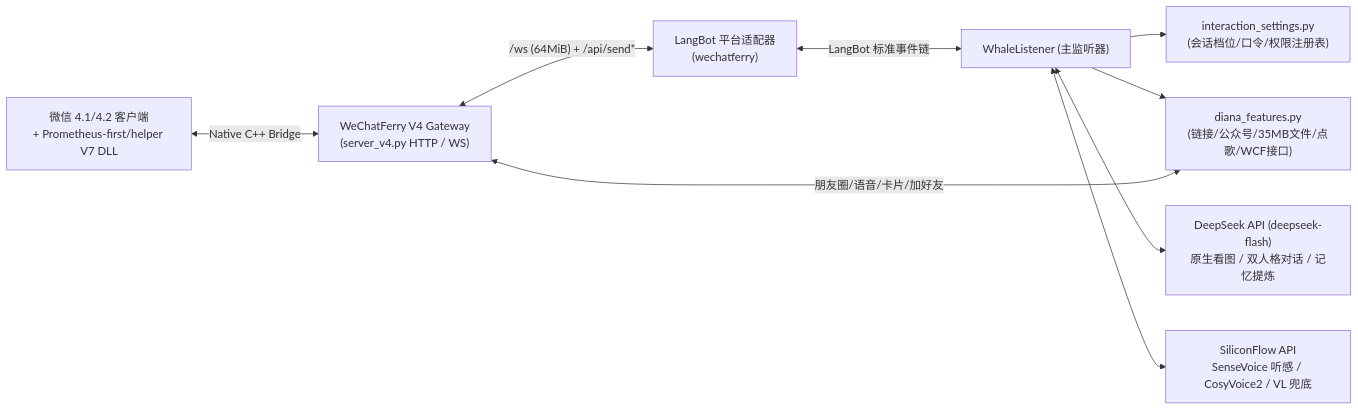
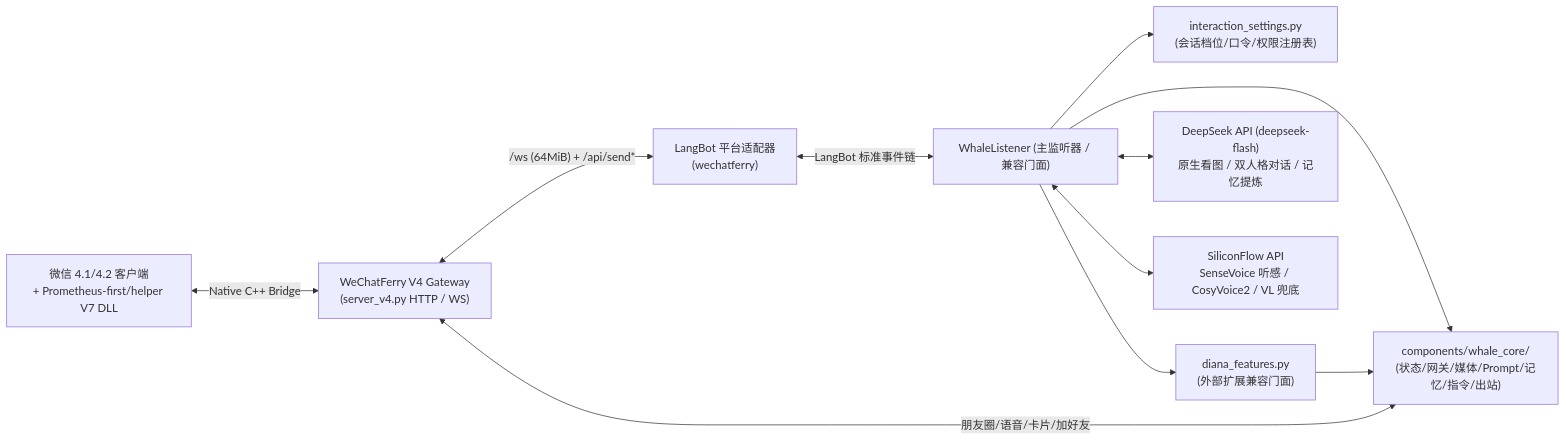
Before and after one commit to a251231/whale_persona_plugin: the diagram in README.md, drawn with Mermaid. The commit also changed other lines of this file and 20 other files, not shown here.

Commit message:
feat(v0.5.2): apply full swarm architecture & UX optimizations and modularize components/whale_core

````diff
--- a/README.md
+++ b/README.md
@@ -54,11 +54,13 @@
 ```mermaid
 flowchart LR
     A["微信 4.1/4.2 客户端\n+ Prometheus-first/helper V7 DLL"] <-->|"Native C++ Bridge"| B["WeChatFerry V4 Gateway\n(server_v4.py HTTP / WS)"]
     B <-->|"/ws (64MiB) + /api/send*"| H["LangBot 平台适配器\n(wechatferry)"]
-    H <-->|"LangBot 标准事件链"| C["WhaleListener (主监听器)"]
+    H <-->|"LangBot 标准事件链"| C["WhaleListener (主监听器 / 兼容门面)"]
     C --> D["interaction_settings.py\n(会话档位/口令/权限注册表)"]
-    C --> E["diana_features.py\n(链接/公众号/35MB文件/点歌/WCF接口)"]
-    B <-->|"朋友圈/语音/卡片/加好友"| E
+    C --> W["components/whale_core/\n(状态/网关/媒体/Prompt/记忆/指令/出站)"]
+    C --> E["diana_features.py\n(外部扩展兼容门面)"]
+    E --> W
+    B <-->|"朋友圈/语音/卡片/加好友"| W
     C <--> F["DeepSeek API (deepseek-flash)\n原生看图 / 双人格对话 / 记忆提炼"]
     C <--> G["SiliconFlow API\nSenseVoice 听感 / CosyVoice2 / VL 兜底"]
 ```
````
